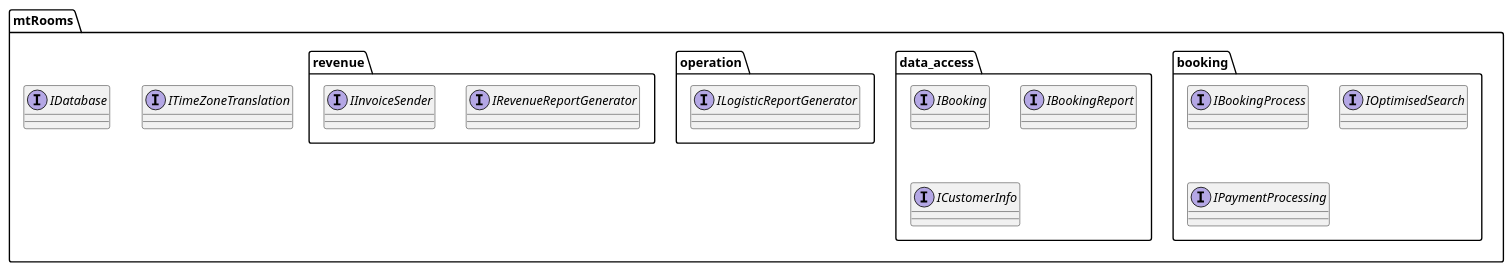
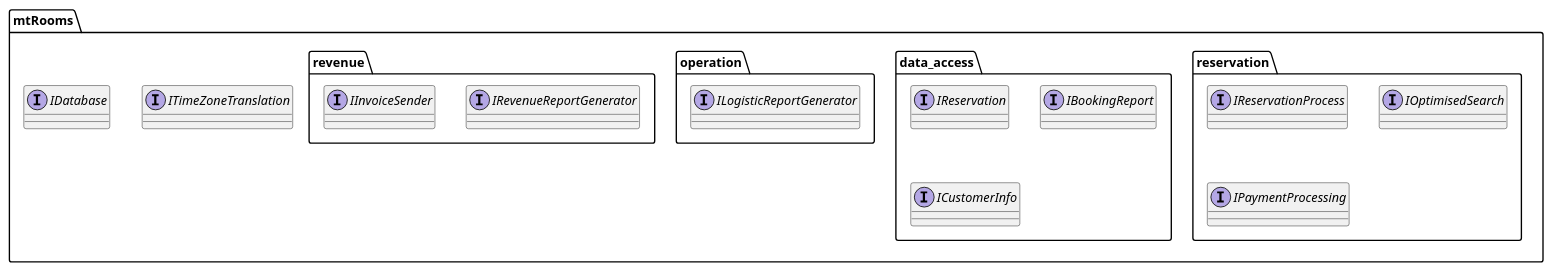
The diagram in docs/uml/component_interface_defs.puml (BBKbeam/mtRooms), drawn with PlantUML before and after one commit. The commit also changed 1 other file, not shown here.

Commit message:
[UML] Modified 'booking' vocabulary to 'reservation'

```diff
--- a/docs/uml/component_interface_defs.puml
+++ b/docs/uml/component_interface_defs.puml
@@ -1,29 +1,29 @@
 @startuml
 
 package mtRooms {
-    package "booking" {
-        interface IBookingProcess
+    package "reservation" {
+        interface IReservationProcess
         interface IOptimisedSearch
         interface IPaymentProcessing
     }
 
     package "data_access" {
-        interface IBooking
+        interface IReservation
         interface IBookingReport
         interface ICustomerInfo
     }
 
     package "operation" {
         interface ILogisticReportGenerator
     }
 
     package "revenue" {
         interface IRevenueReportGenerator
         interface IInvoiceSender
     }
 
     interface ITimeZoneTranslation
     interface IDatabase
 }
 
 @enduml
```
